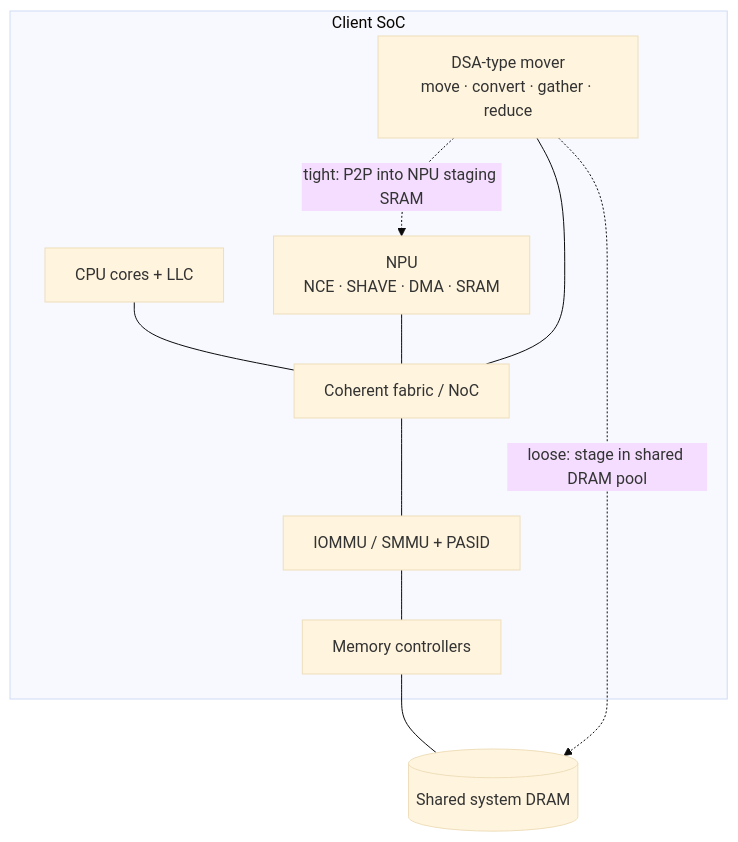
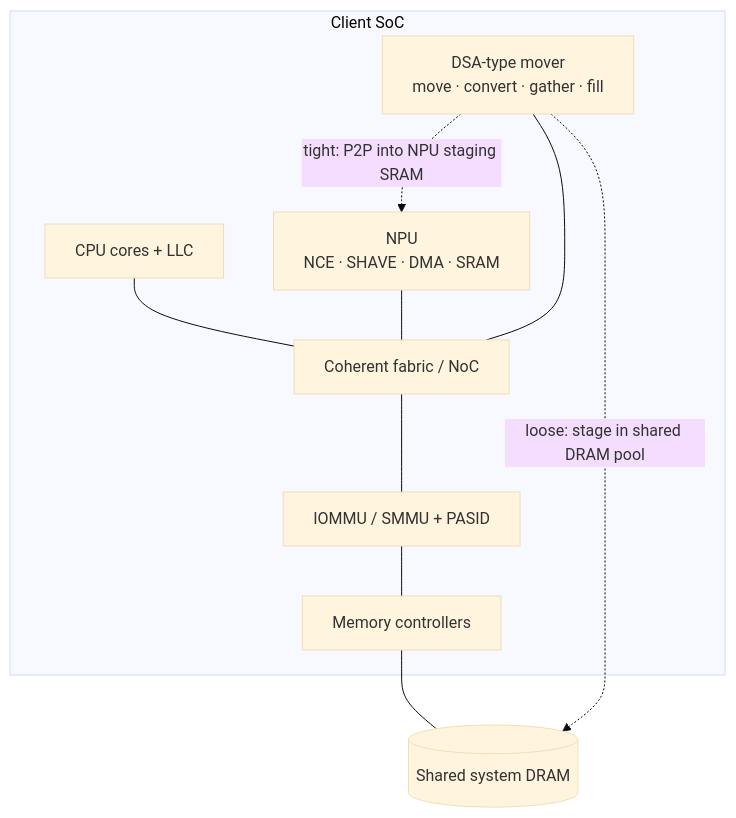
The second of 2 diagrams in dsa-val/research/proposal_npu_dsa_mover.md (fantops/silicon-val-prep), drawn with Mermaid (base theme) before and after one commit. The commit also changed other lines of this file, not shown here.

````diff
--- a/dsa-val/research/proposal_npu_dsa_mover.md
+++ b/dsa-val/research/proposal_npu_dsa_mover.md
@@ -210,18 +203,18 @@
 ```mermaid
 flowchart TB
   subgraph SoC["Client SoC"]
     CPU["CPU cores + LLC"]
     NPU["NPU<br/>NCE · SHAVE · DMA · SRAM"]
-    MOVER["DSA-type mover<br/>move · convert · gather · reduce"]
+    MOVER["DSA-type mover<br/>move · convert · gather · fill"]
     FAB["Coherent fabric / NoC"]
     IOMMU["IOMMU / SMMU + PASID"]
     MC["Memory controllers"]
   end
   DRAM[("Shared system DRAM")]
   CPU --- FAB
   NPU --- FAB
   MOVER --- FAB
   FAB --- IOMMU --- MC --- DRAM
   MOVER -. "loose: stage in shared DRAM pool" .-> DRAM
   MOVER -. "tight: P2P into NPU staging SRAM" .-> NPU
 ```
````
